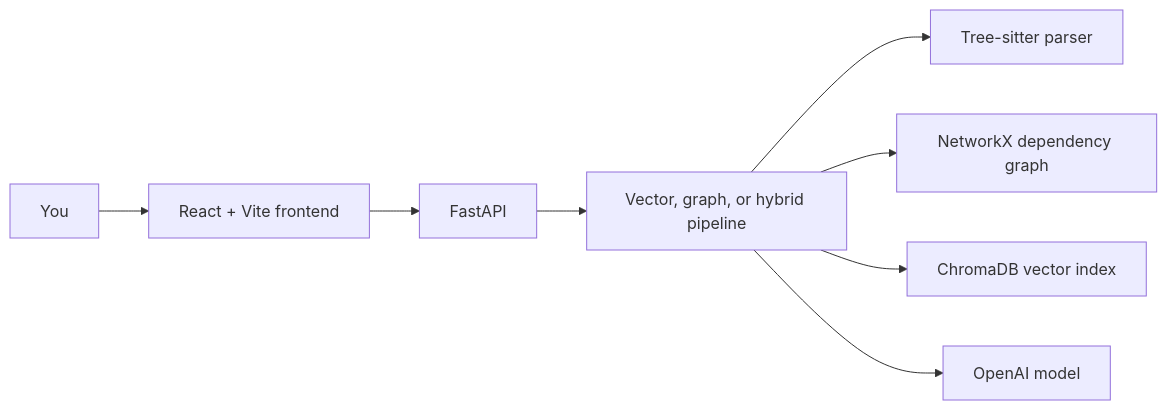
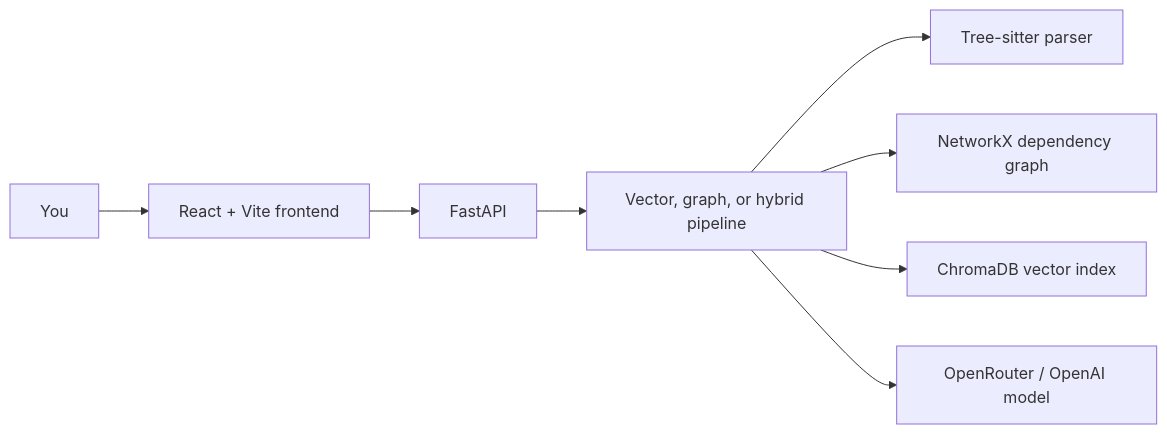
Before and after one commit to TejasAbhang77/Axon: the diagram in README.md, drawn with Mermaid. The commit also changed other lines of this file and 11 other files, not shown here.

Commit message:
Switch Axon to OpenRouter free models

````diff
--- a/README.md
+++ b/README.md
@@ -34,10 +34,10 @@
 ```mermaid
 flowchart LR
     U[You] --> F[React + Vite frontend]
     F --> A[FastAPI]
     A --> P[Vector, graph, or hybrid pipeline]
     P --> T[Tree-sitter parser]
     P --> G[NetworkX dependency graph]
     P --> V[ChromaDB vector index]
-    P --> L[OpenAI model]
+    P --> L[OpenRouter / OpenAI model]
 ```
````
